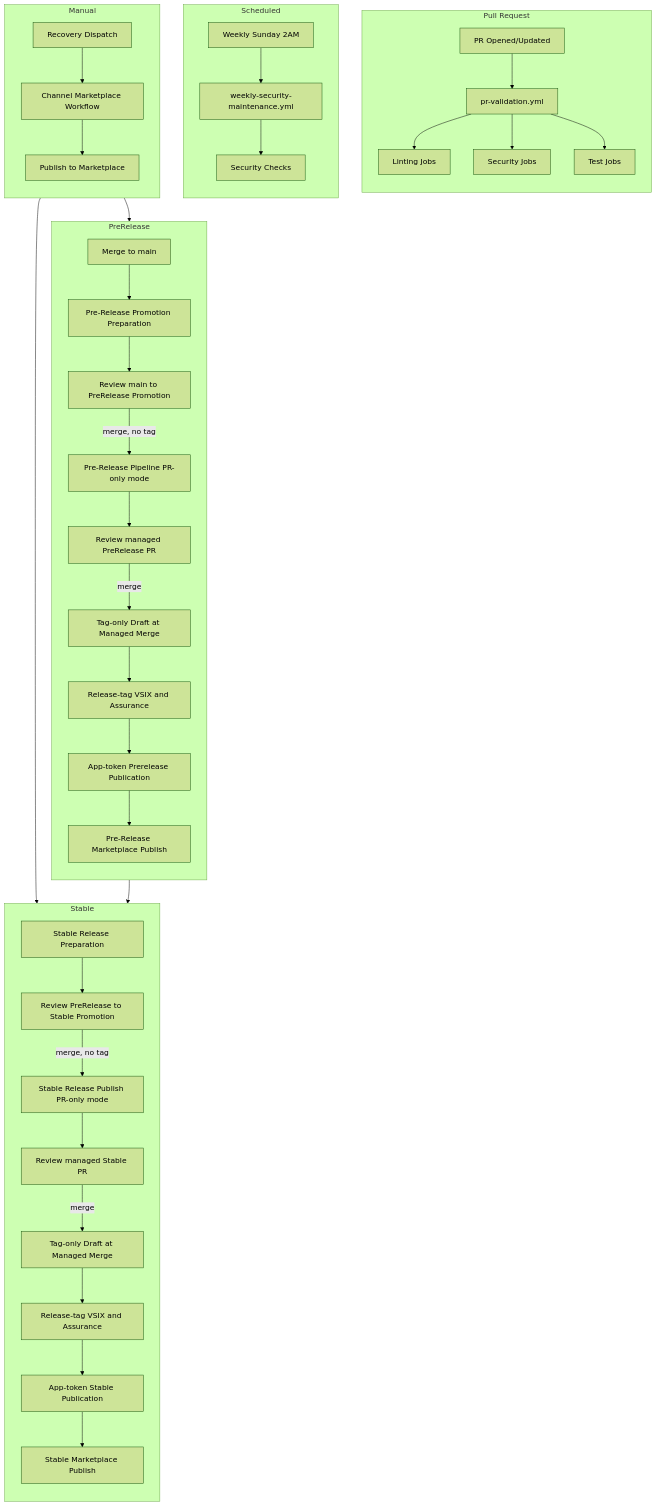
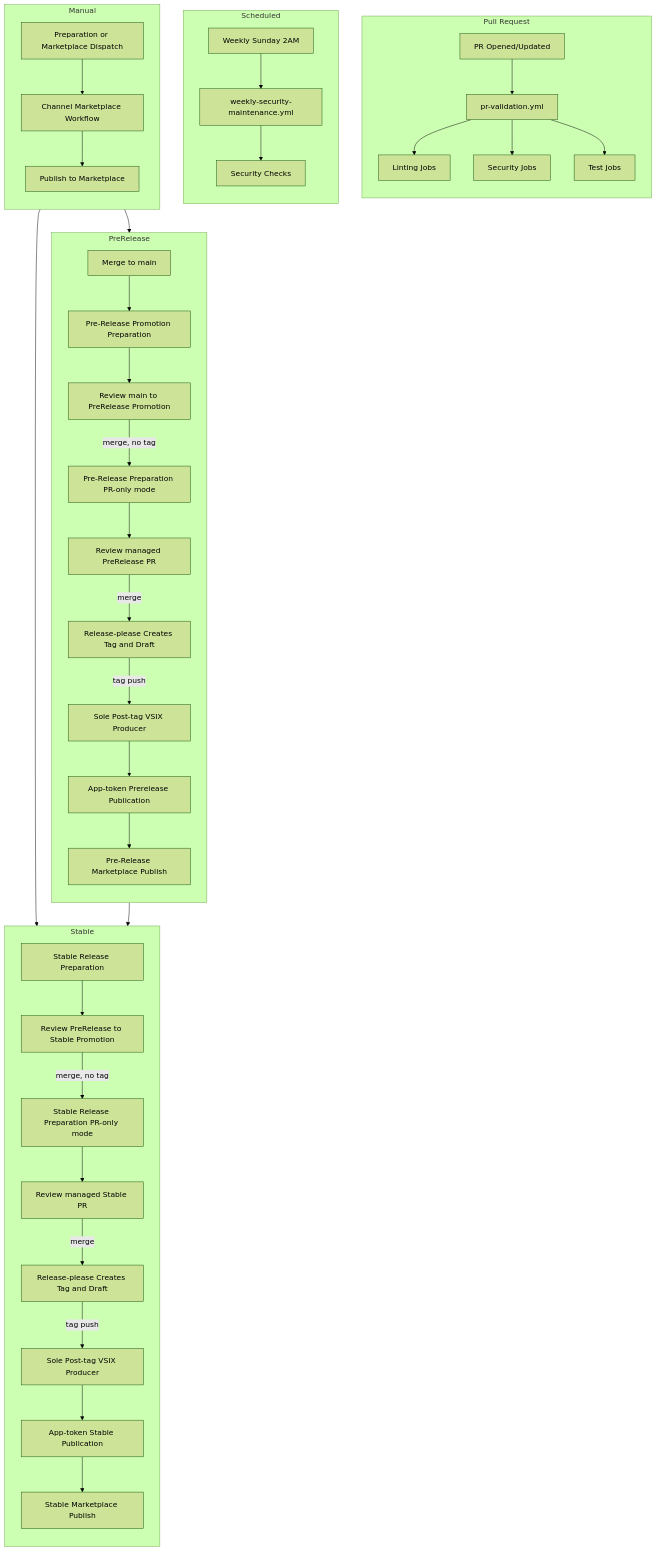
Before and after one commit to MohammedAlkindi/hve-core: the first of 3 diagrams in docs/architecture/workflows.md, drawn with Mermaid (forest theme). The commit also changed other lines of this file and 21 other files, not shown here.

First line of the commit message:
fix(workflows): harden SLSA VSIX release publication (#2806)

````diff
--- a/docs/architecture/workflows.md
+++ b/docs/architecture/workflows.md
@@ -18,50 +18,50 @@
 ```mermaid
 flowchart TD
     accTitle: CI and Release Pipeline Architecture
     accDescr: Pull request validation gates merges, then managed PreRelease and Stable branch ladders create tags and publish packages, while scheduled and manual workflows handle maintenance and recovery.
     subgraph PR["Pull Request"]
         direction TB
         PR1[PR Opened/Updated] --> PV[pr-validation.yml]
         PV --> LINT[Linting Jobs]
         PV --> SEC[Security Jobs]
         PV --> TEST[Test Jobs]
     end
 
     subgraph PRE["PreRelease"]
         direction TB
         MERGE[Merge to main] --> PREP[Pre-Release Promotion Preparation]
         PREP --> PROMO[Review main to PreRelease Promotion]
-        PROMO -->|merge, no tag| PRE_RP[Pre-Release Pipeline PR-only mode]
+        PROMO -->|merge, no tag| PRE_RP[Pre-Release Preparation PR-only mode]
         PRE_RP --> PRE_REL[Review managed PreRelease PR]
-        PRE_REL -->|merge| PRE_DRAFT[Tag-only Draft at Managed Merge]
-        PRE_DRAFT --> PRE_EVIDENCE[Release-tag VSIX and Assurance]
+        PRE_REL -->|merge| PRE_DRAFT[Release-please Creates Tag and Draft]
+        PRE_DRAFT -->|tag push| PRE_EVIDENCE[Sole Post-tag VSIX Producer]
         PRE_EVIDENCE --> PRE_PUBLISH[App-token Prerelease Publication]
         PRE_PUBLISH --> PRE_MARKET[Pre-Release Marketplace Publish]
     end
 
     subgraph STABLE["Stable"]
         direction TB
         PRE_PUBLISH --> ST_PREP[Stable Release Preparation]
         ST_PREP --> ST_PROMO[Review PreRelease to Stable Promotion]
-        ST_PROMO -->|merge, no tag| ST_RP[Stable Release Publish PR-only mode]
+        ST_PROMO -->|merge, no tag| ST_RP[Stable Release Preparation PR-only mode]
         ST_RP --> ST_REL[Review managed Stable PR]
-        ST_REL -->|merge| ST_DRAFT[Tag-only Draft at Managed Merge]
-        ST_DRAFT --> ST_EVIDENCE[Release-tag VSIX and Assurance]
+        ST_REL -->|merge| ST_DRAFT[Release-please Creates Tag and Draft]
+        ST_DRAFT -->|tag push| ST_EVIDENCE[Sole Post-tag VSIX Producer]
         ST_EVIDENCE --> ST_PUBLISH[App-token Stable Publication]
         ST_PUBLISH --> ST_MARKET[Stable Marketplace Publish]
     end
 
     subgraph SCHED["Scheduled"]
         direction TB
         CRON[Weekly Sunday 2AM] --> WEEKLY[weekly-security-maintenance.yml]
         WEEKLY --> SECCHECK[Security Checks]
     end
 
     subgraph MANUAL["Manual"]
         direction TB
-        DISPATCH[Recovery Dispatch] --> PREP
+        DISPATCH[Preparation or Marketplace Dispatch] --> PREP
         DISPATCH --> ST_PREP
         DISPATCH --> PUB[Channel Marketplace Workflow]
         PUB --> VSCE[Publish to Marketplace]
     end
 ```
````
